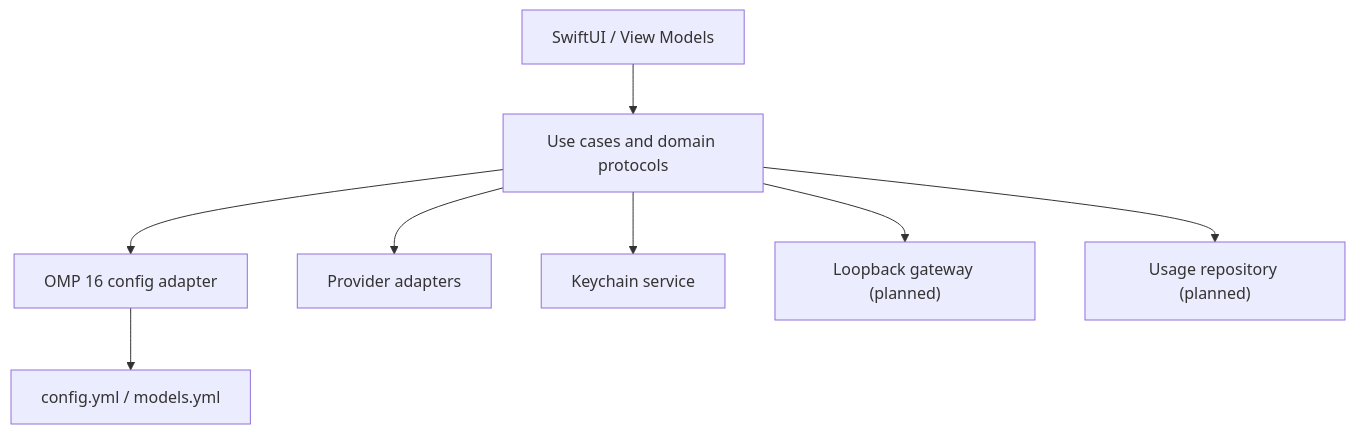
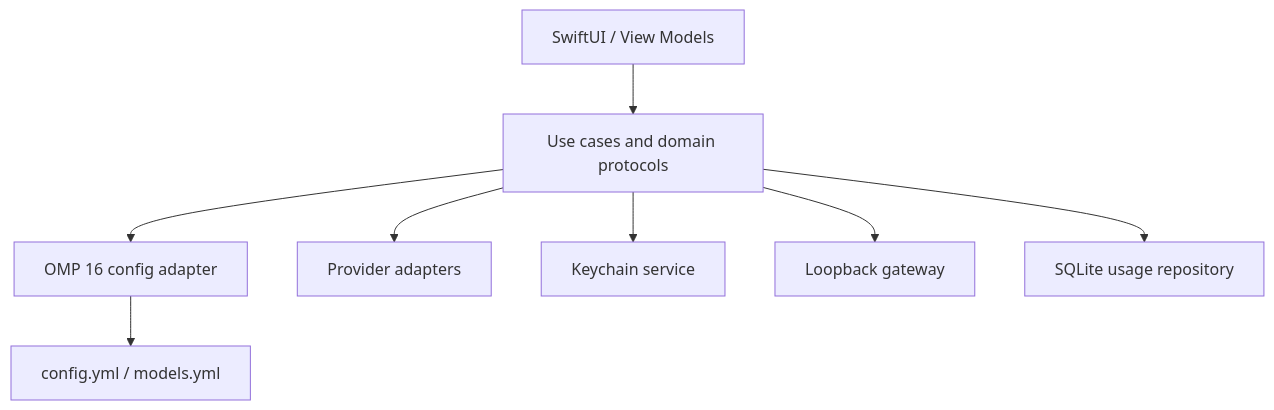
Before and after one commit to isaac-sun/omp-api-manager: the diagram in docs/architecture.md, drawn with Mermaid. The commit also changed other lines of this file and 12 other files, not shown here.

````diff
--- a/docs/architecture.md
+++ b/docs/architecture.md
@@ -5,10 +5,10 @@
 ```mermaid
 flowchart TB
   UI["SwiftUI / View Models"] --> Core["Use cases and domain protocols"]
   Core --> OMP["OMP 16 config adapter"]
   Core --> Provider["Provider adapters"]
   Core --> Vault["Keychain service"]
-  Core --> Gateway["Loopback gateway (planned)"]
-  Core --> Store["Usage repository (planned)"]
+  Core --> Gateway["Loopback gateway"]
+  Core --> Store["SQLite usage repository"]
   OMP --> Files["config.yml / models.yml"]
 ```
````
